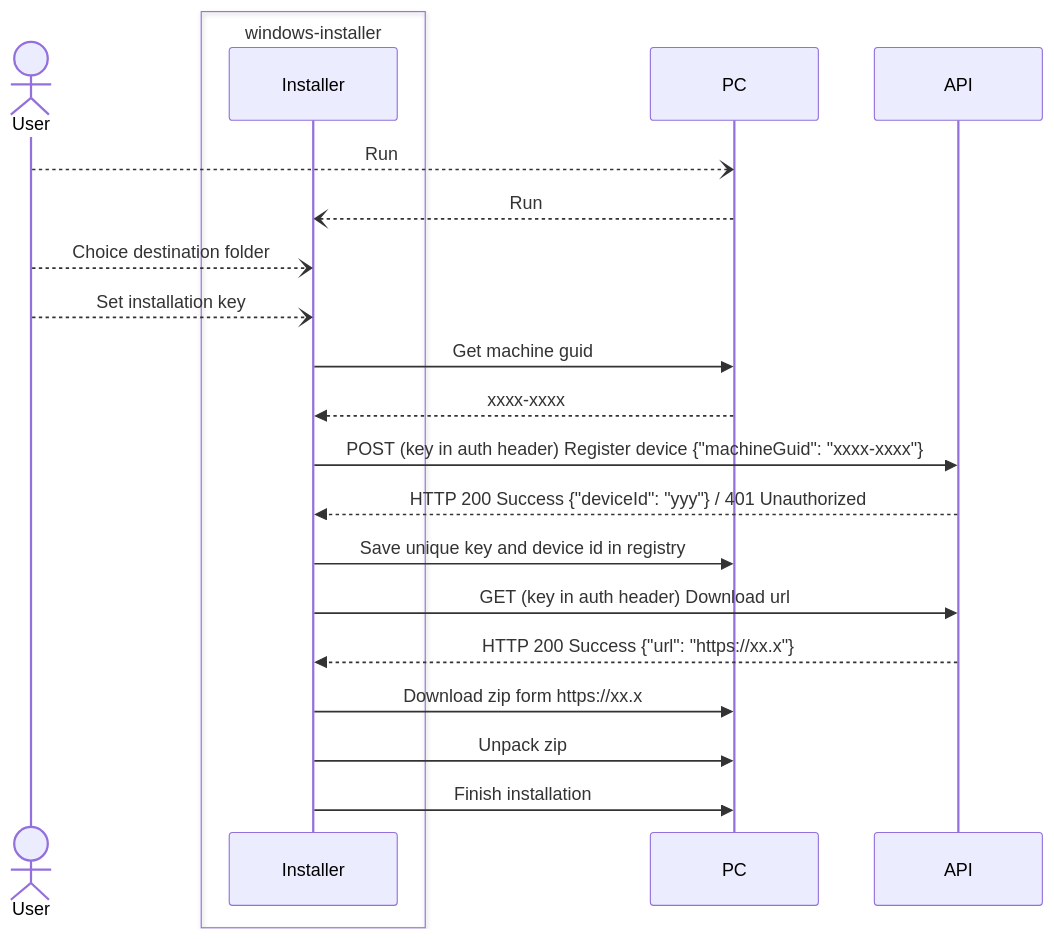
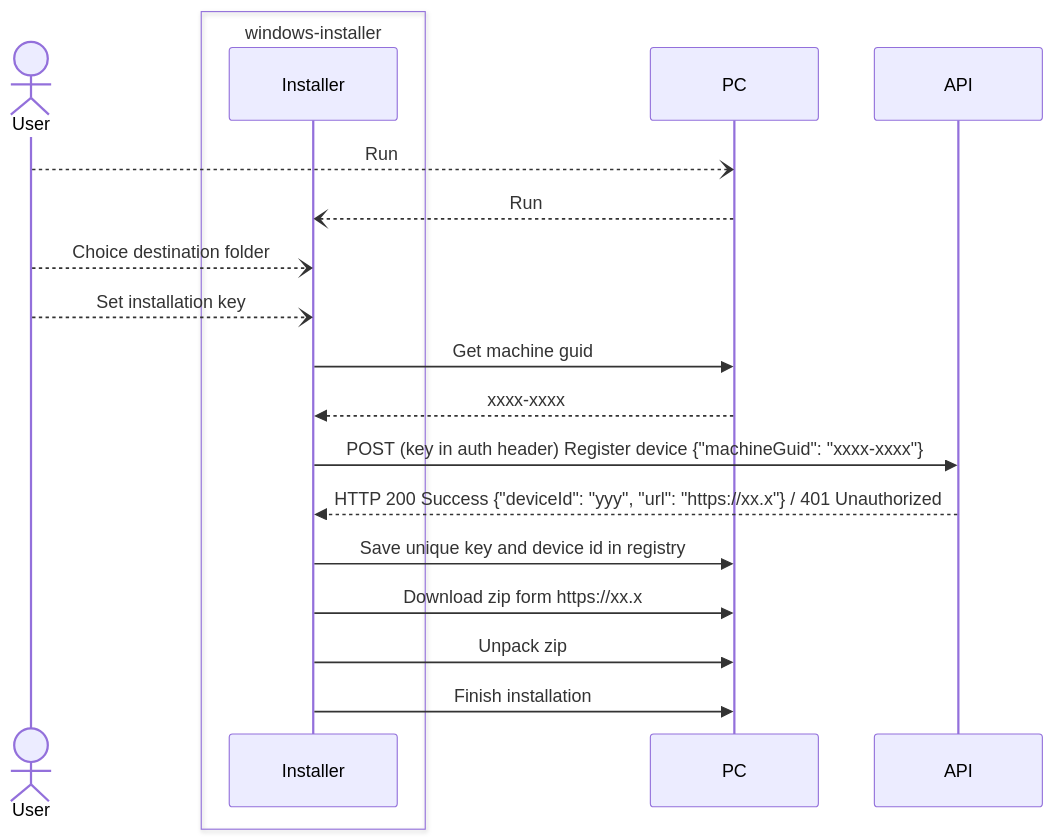
The diagram in README.md (lukiqs/windows-installer), drawn with Mermaid before and after one commit. The commit also changed 1 other file, not shown here.

Commit message:
Refactor concept

````diff
--- a/README.md
+++ b/README.md
@@ -28,21 +28,19 @@
 ```mermaid
 sequenceDiagram
     actor User
     box windows-installer
         participant Installer
     end
     User--)PC: Run
     PC--)Installer: Run
     User--)Installer: Choice destination folder
     User--)Installer: Set installation key
     Installer->>PC: Get machine guid
     PC-->>Installer: xxxx-xxxx
     Installer->>API: POST (key in auth header) Register device {"machineGuid": "xxxx-xxxx"}
-    API-->>Installer: HTTP 200 Success {"deviceId": "yyy"} / 401 Unauthorized
+    API-->>Installer: HTTP 200 Success {"deviceId": "yyy", "url": "https://xx.x"} / 401 Unauthorized
     Installer->>PC: Save unique key and device id in registry
-    Installer->>API: GET (key in auth header) Download url
-    API-->>Installer: HTTP 200 Success {"url": "https://xx.x"}
     Installer->>PC: Download zip form https://xx.x
     Installer->>PC: Unpack zip
     Installer->>PC: Finish installation
 ```
````
